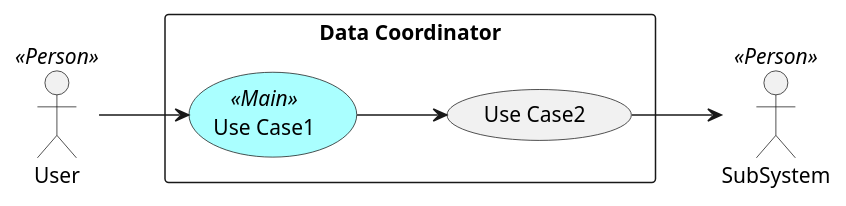
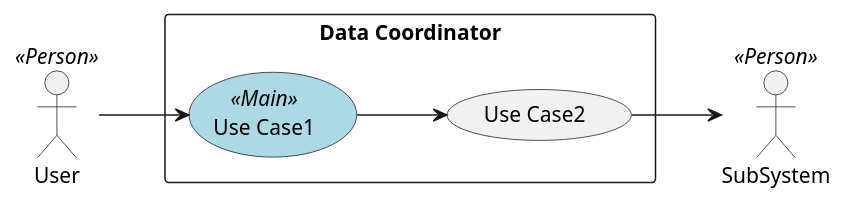
The diagram in docs/Solution/Data-Coordinator/UseCases.puml (CAADE/CloudLet), drawn with PlantUML before and after one commit. The commit also changed 74 other files, not shown here.

```diff
--- a/docs/Solution/Data-Coordinator/UseCases.puml
+++ b/docs/Solution/Data-Coordinator/UseCases.puml
@@ -1,23 +1,23 @@
 @startuml
 
 left to right direction
 
 skinparam usecase {
   BackgroudnColor #ffffaa
-  BackgroundColor<<Main>> #aaffff
+  BackgroundColor<<Main>> #lightblue
 }
 actor :User: <<Person>>
 actor :SubSystem: <<Person>>
 
 
 rectangle "Data Coordinator" {
 UseCase UC1 <<Main>> as "Use Case1"
 UseCase UC2  as "Use Case2"
 
 
 User --> UC1
 UC1 --> UC2
 UC2 --> SubSystem
 }
 
 @enduml
```
